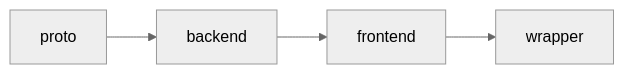
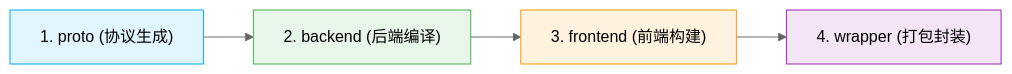
One commit to stevessr/agent-ebpf-filter changed the diagram in docs/guide/quick-start.md. Above: the diagram before and after it, drawn with Mermaid (neutral theme). The commit also changed other lines of this file and 4 other files, not shown here.

````diff
--- a/docs/guide/quick-start.md
+++ b/docs/guide/quick-start.md
@@ -46,6 +67,12 @@
 ```mermaid
 flowchart LR
-    Proto["proto"] --> Backend["backend"]
-    Backend --> Frontend["frontend"]
-    Frontend --> Wrapper["wrapper"]
+    Proto["1. proto (协议生成)"] --> Backend["2. backend (后端编译)"]
+    Backend --> Frontend["3. frontend (前端构建)"]
+    Frontend --> Wrapper["4. wrapper (打包封装)"]
+    
+    style Proto fill:#e1f5fe,stroke:#03a9f4
+    style Backend fill:#e8f5e9,stroke:#4caf50
+    style Frontend fill:#fff3e0,stroke:#ff9800
+    style Wrapper fill:#f3e5f5,stroke:#9c27b0
+
 ```
````
